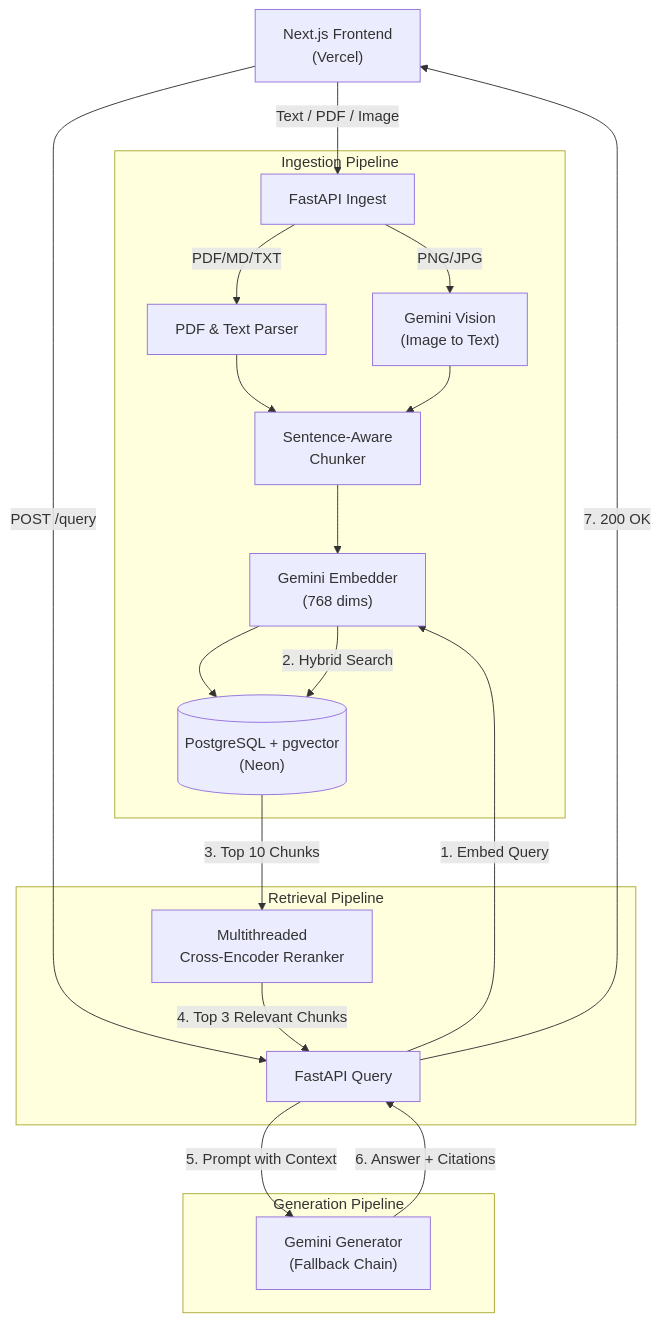
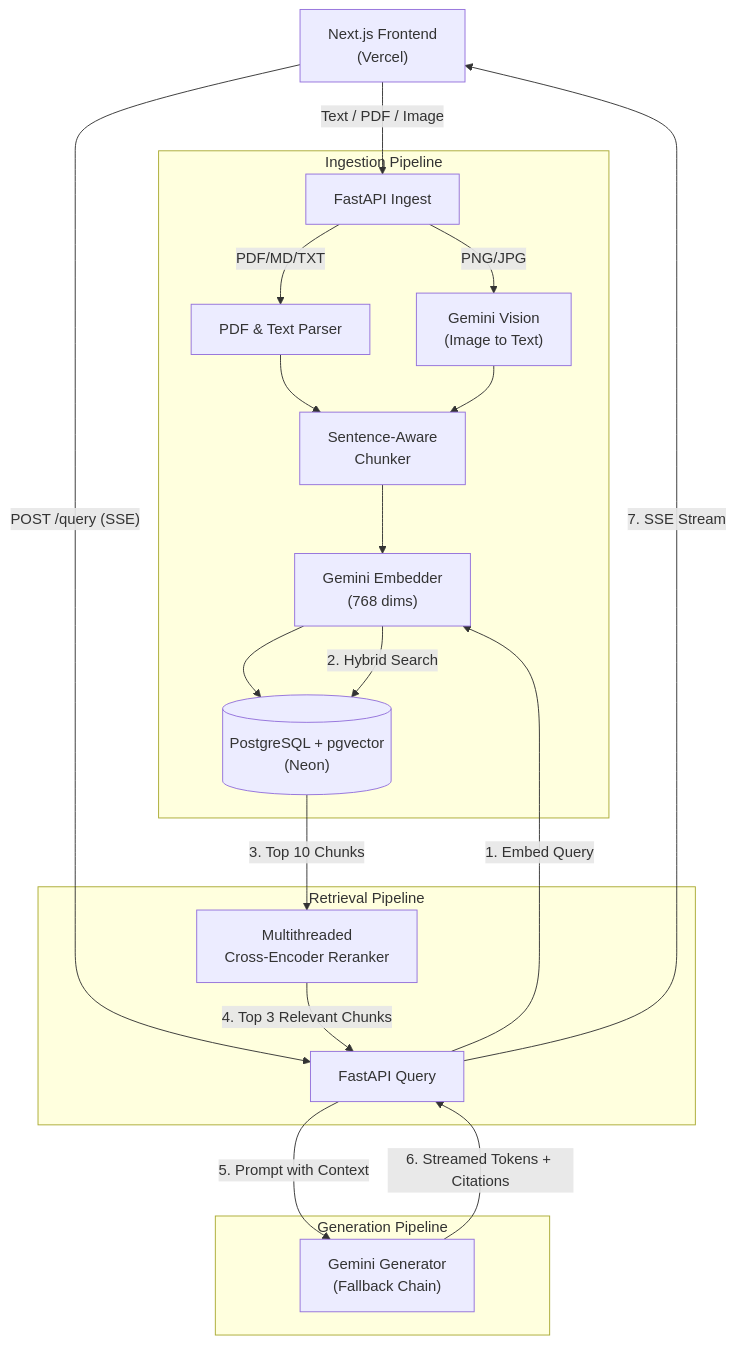
The diagram in README.md (shaurya-10000/rag-evals), drawn with Mermaid before and after one commit. The commit also changed other lines of this file, not shown here.

Commit message:
docs: update README for SSE streaming and tabbed UI

````diff
--- a/README.md
+++ b/README.md
@@ -52,29 +52,29 @@
 ```mermaid
 flowchart TD
     Client["Next.js Frontend\n(Vercel)"] -->|"Text / PDF / Image"| IngestAPI["FastAPI Ingest"]
 
     subgraph "Ingestion Pipeline"
         IngestAPI -->|"PDF/MD/TXT"| PDFParser["PDF & Text Parser"]
         IngestAPI -->|"PNG/JPG"| VisionAPI["Gemini Vision\n(Image to Text)"]
         PDFParser --> Chunker["Sentence-Aware\nChunker"]
         VisionAPI --> Chunker
         Chunker --> Embedder["Gemini Embedder\n(768 dims)"]
         Embedder --> DB[("PostgreSQL + pgvector\n(Neon)")]
     end
 
-    Client -->|"POST /query"| QueryAPI["FastAPI Query"]
+    Client -->|"POST /query (SSE)"| QueryAPI["FastAPI Query"]
 
     subgraph "Retrieval Pipeline"
         QueryAPI -->|"1. Embed Query"| Embedder
         Embedder -->|"2. Hybrid Search"| DB
         DB -->|"3. Top 10 Chunks"| Reranker["Multithreaded\nCross-Encoder Reranker"]
         Reranker -->|"4. Top 3 Relevant Chunks"| QueryAPI
     end
 
     subgraph "Generation Pipeline"
         QueryAPI -->|"5. Prompt with Context"| LLM["Gemini Generator\n(Fallback Chain)"]
     end
 
-    LLM -->|"6. Answer + Citations"| QueryAPI
-    QueryAPI -->|"7. 200 OK"| Client
+    LLM -->|"6. Streamed Tokens + Citations"| QueryAPI
+    QueryAPI -->|"7. SSE Stream"| Client
 ```
````
